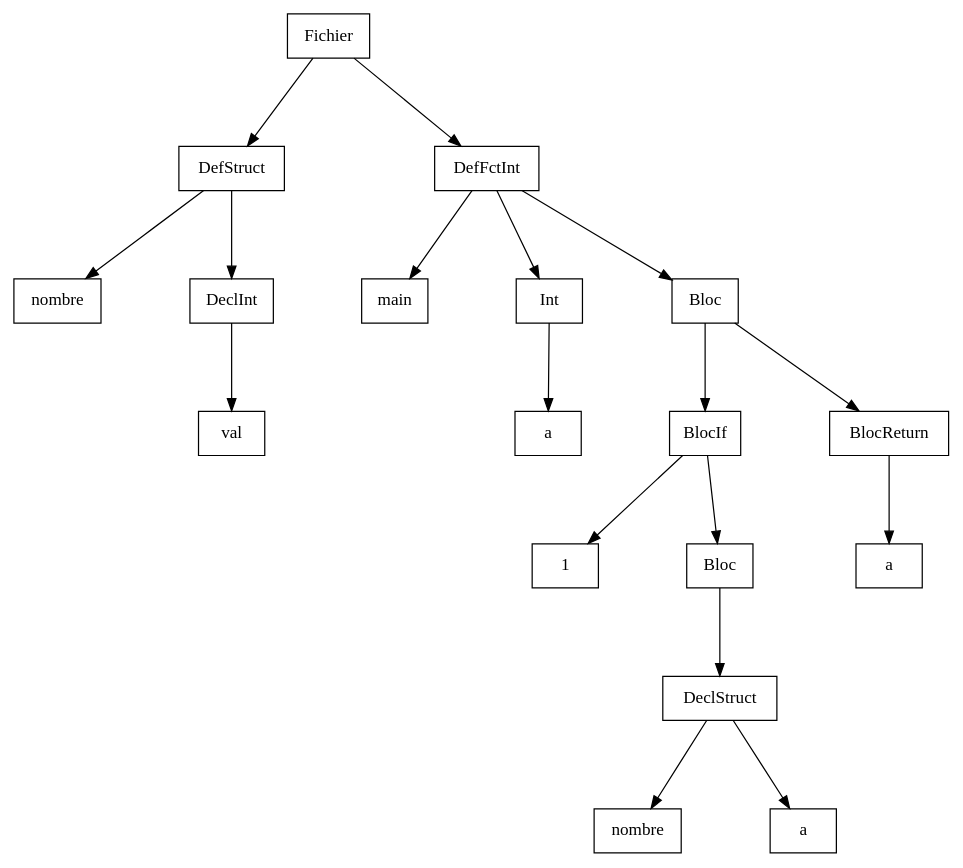
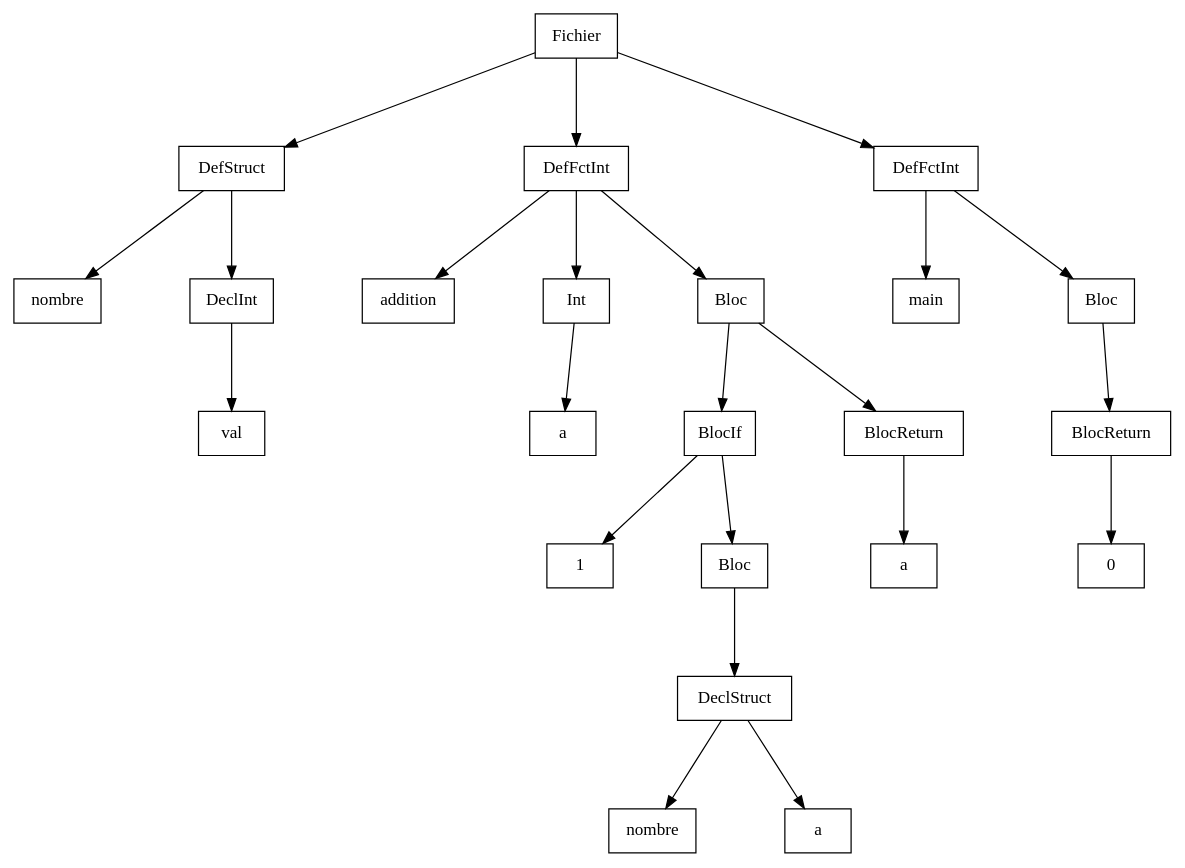
The diagram in Code/out/ast/dot/Test_Semantique/return_type1.dot (Hamza-ABDOULHOUSSEN/compil), drawn with Graphviz before and after one commit. The commit also changed 314 other files, not shown here.

```diff
--- a/Code/out/ast/dot/Test_Semantique/return_type1.dot
+++ b/Code/out/ast/dot/Test_Semantique/return_type1.dot
@@ -1,42 +1,52 @@
 digraph "ast"{
 
 	nodesep=1;
 	ranksep=1;
 
 	N0 [label="Fichier", shape="box"];
 	N1 [label="DefStruct", shape="box"];
 	N2 [label="nombre", shape="box"];
 	N3 [label="DeclInt", shape="box"];
 	N4 [label="val", shape="box"];
 	N5 [label="DefFctInt", shape="box"];
-	N6 [label="main", shape="box"];
+	N6 [label="addition", shape="box"];
 	N7 [label="Int", shape="box"];
 	N8 [label="a", shape="box"];
 	N9 [label="Bloc", shape="box"];
 	N10 [label="BlocIf", shape="box"];
 	N11 [label="1", shape="box"];
 	N12 [label="Bloc", shape="box"];
 	N13 [label="DeclStruct", shape="box"];
 	N14 [label="nombre", shape="box"];
 	N15 [label="a", shape="box"];
 	N16 [label="BlocReturn", shape="box"];
 	N17 [label="a", shape="box"];
+	N18 [label="DefFctInt", shape="box"];
+	N19 [label="main", shape="box"];
+	N20 [label="Bloc", shape="box"];
+	N21 [label="BlocReturn", shape="box"];
+	N22 [label="0", shape="box"];
 
 	N1 -> N2; 
 	N3 -> N4; 
 	N1 -> N3; 
 	N0 -> N1; 
 	N5 -> N6; 
 	N7 -> N8; 
 	N5 -> N7; 
 	N10 -> N11; 
 	N13 -> N14; 
 	N13 -> N15; 
 	N12 -> N13; 
 	N10 -> N12; 
 	N9 -> N10; 
 	N16 -> N17; 
 	N9 -> N16; 
 	N5 -> N9; 
 	N0 -> N5; 
+	N18 -> N19; 
+	N21 -> N22; 
+	N20 -> N21; 
+	N18 -> N20; 
+	N0 -> N18; 
 }
```
